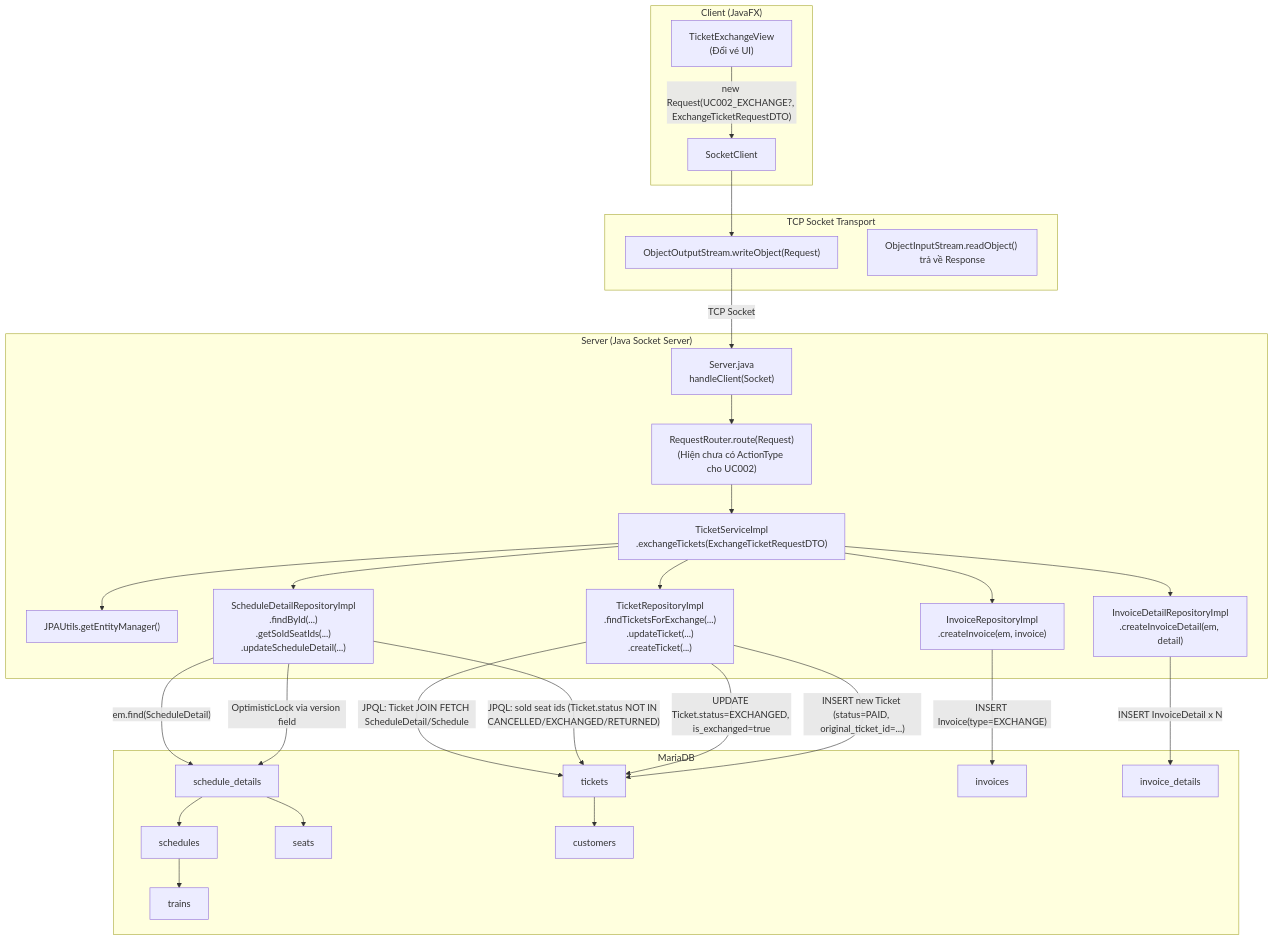
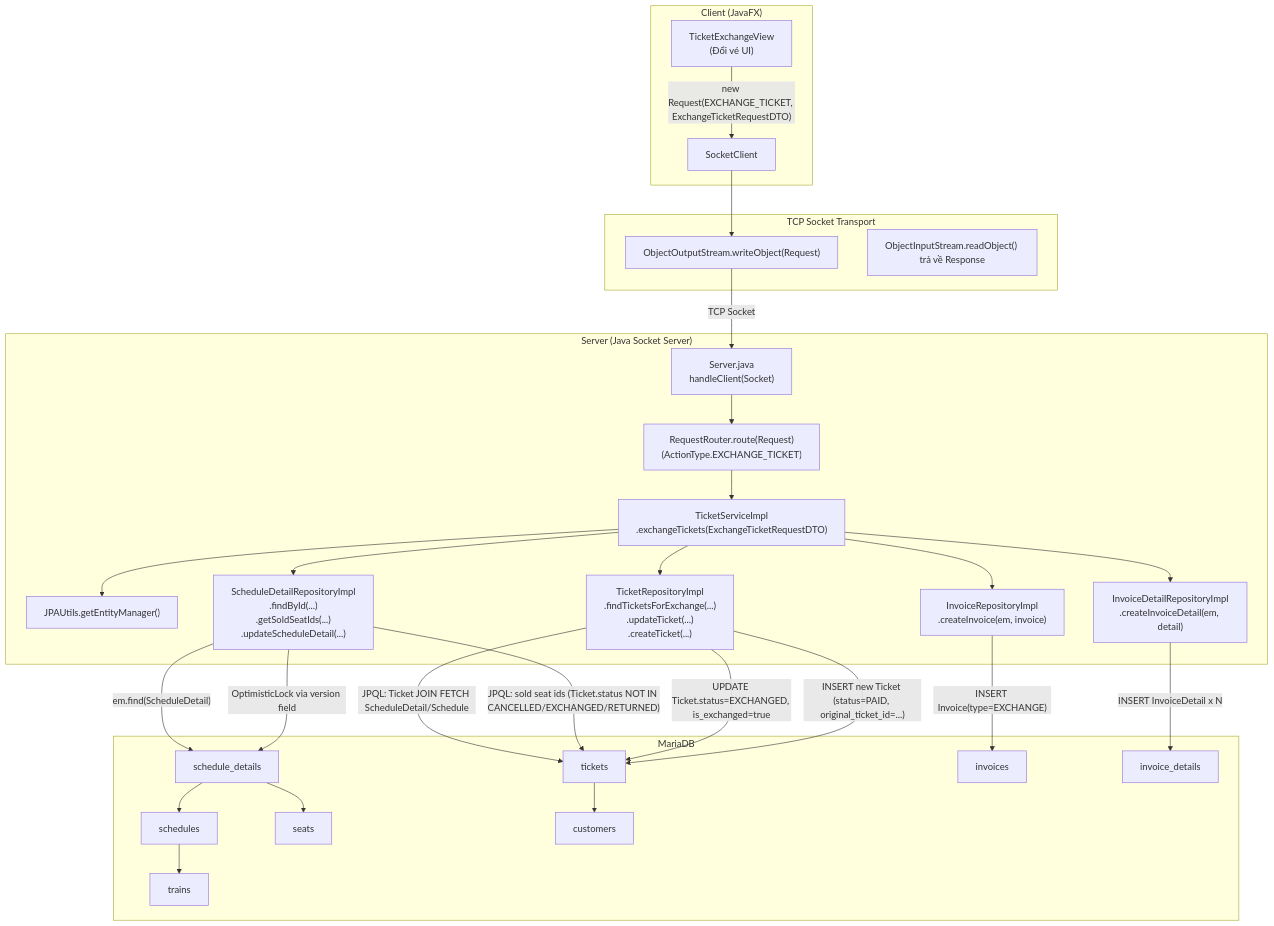
One commit to Distributed-Programing-Project/railway-reservation-system-server changed the first of 3 diagrams in docs/diagrams/sequence/uc002-doi-ve.md. Above: the diagram before and after it, drawn with Mermaid. The commit also changed other lines of this file and 5 other files, not shown here.

Commit message:
refactor: remove all emoji in sequence

````diff
--- a/docs/diagrams/sequence/uc002-doi-ve.md
+++ b/docs/diagrams/sequence/uc002-doi-ve.md
@@ -7,60 +7,60 @@
 ```mermaid
 graph TB
     subgraph CLIENT ["Client (JavaFX)"]
         UI["TicketExchangeView<br/>(Đổi vé UI)"]
         SC["SocketClient"]
     end
 
     subgraph TRANSPORT ["TCP Socket Transport"]
         OOS["ObjectOutputStream.writeObject(Request)"]
         OIS["ObjectInputStream.readObject() trả về Response"]
     end
 
     subgraph SERVER ["Server (Java Socket Server)"]
         SRV["Server.java<br/>handleClient(Socket)"]
-        RR["RequestRouter.route(Request)<br/>(Hiện chưa có ActionType cho UC002)"]
+        RR["RequestRouter.route(Request)<br/>(ActionType.EXCHANGE_TICKET)"]
         SVC["TicketServiceImpl<br/>.exchangeTickets(ExchangeTicketRequestDTO)"]
         JPA["JPAUtils.getEntityManager()"]
         T_REPO["TicketRepositoryImpl<br/>.findTicketsForExchange(...)<br/>.updateTicket(...)<br/>.createTicket(...)"]
         SD_REPO["ScheduleDetailRepositoryImpl<br/>.findById(...)<br/>.getSoldSeatIds(...)<br/>.updateScheduleDetail(...)"]
         I_REPO["InvoiceRepositoryImpl<br/>.createInvoice(em, invoice)"]
         ID_REPO["InvoiceDetailRepositoryImpl<br/>.createInvoiceDetail(em, detail)"]
     end
 
     subgraph DB ["MariaDB"]
         T_TICKET["tickets"]
         T_SD["schedule_details"]
         T_SCH["schedules"]
         T_SEAT["seats"]
         T_TRAIN["trains"]
         T_CUS["customers"]
         T_INV["invoices"]
         T_INVD["invoice_details"]
     end
 
-    UI -- "new Request(UC002_EXCHANGE?, ExchangeTicketRequestDTO)" --> SC
+    UI -- "new Request(EXCHANGE_TICKET, ExchangeTicketRequestDTO)" --> SC
     SC --> OOS
     OOS -- "TCP Socket" --> SRV
     SRV --> RR
     RR --> SVC
 
     SVC --> JPA
     SVC --> T_REPO
     SVC --> SD_REPO
     SVC --> I_REPO
     SVC --> ID_REPO
 
     T_REPO -- "JPQL: Ticket JOIN FETCH ScheduleDetail/Schedule" --> T_TICKET
     SD_REPO -- "em.find(ScheduleDetail)" --> T_SD
     SD_REPO -- "JPQL: sold seat ids (Ticket.status NOT IN CANCELLED/EXCHANGED/RETURNED)" --> T_TICKET
     SD_REPO -- "OptimisticLock via version field" --> T_SD
     T_REPO -- "UPDATE Ticket.status=EXCHANGED, is_exchanged=true" --> T_TICKET
     T_REPO -- "INSERT new Ticket (status=PAID, original_ticket_id=...)" --> T_TICKET
     I_REPO -- "INSERT Invoice(type=EXCHANGE)" --> T_INV
     ID_REPO -- "INSERT InvoiceDetail x N" --> T_INVD
 
     T_TICKET --> T_CUS
     T_SD --> T_SCH
     T_SD --> T_SEAT
     T_SCH --> T_TRAIN
 ```
````
